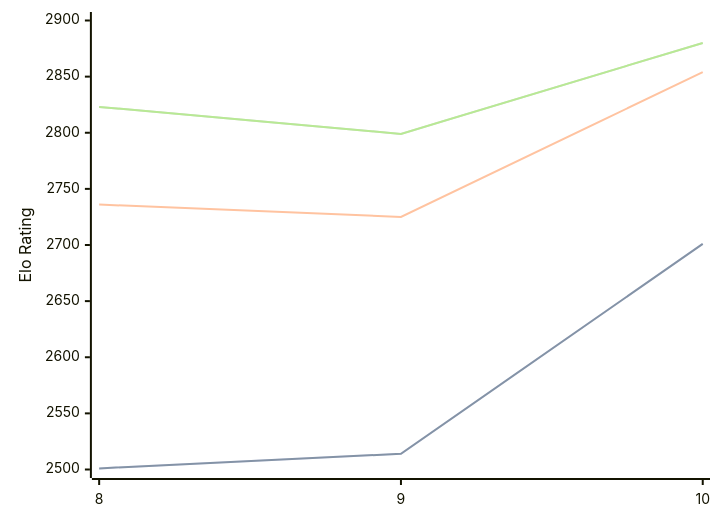
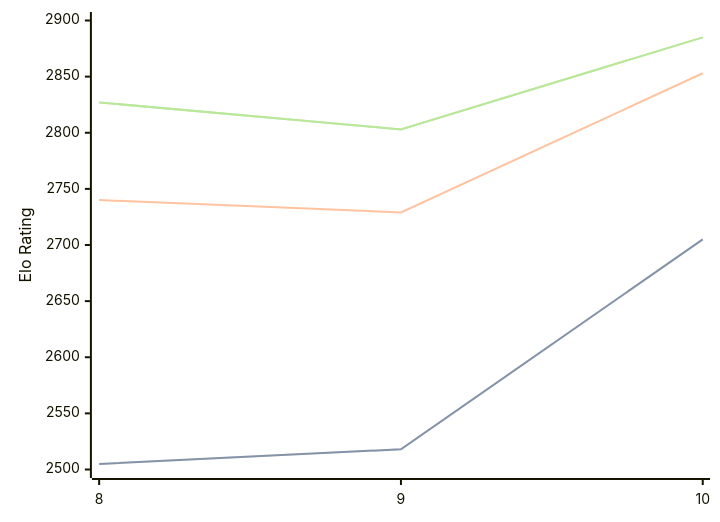
One commit to computer-chess-index/cci changed the diagram in engines/Lozza.md. Above: the diagram before and after it, drawn with Mermaid. The commit also changed other lines of this file, not shown here.

Commit message:
Update CCI Ratings (ELO VLTC) - 2026-02-24

````diff
--- a/engines/Lozza.md
+++ b/engines/Lozza.md
@@ -38,11 +38,11 @@
 ```mermaid
 %%{init: {"theme":"base","themeVariables":{"seriesColors:['#a3a3a3','#222221','#faa371']}}}%%
 xychart-beta
   x-axis ["8", "9", "10"]
   y-axis "Elo Rating" 2500 --> 2900
-  line "STC (8.0+0.08s)" [2501, 2514, 2701]
-  line "STC (8.0+0.08s)" [2501, 2514, 2701]
-  line "LTC (60.0+0.60s)" [2736, 2725, 2854]
-  line "VLTC (2m24s+1.12s)" [2823, 2799, 2880]
-  line "VLTC (2m24s+1.12s)" [2823, 2799, 2880]
+  line "STC (8.0+0.08s)" [2505, 2518, 2705]
+  line "STC (8.0+0.08s)" [2505, 2518, 2705]
+  line "LTC (60.0+0.60s)" [2740, 2729, 2853]
+  line "VLTC (2m24s+1.12s)" [2827, 2803, 2885]
+  line "VLTC (2m24s+1.12s)" [2827, 2803, 2885]
 ```
````
